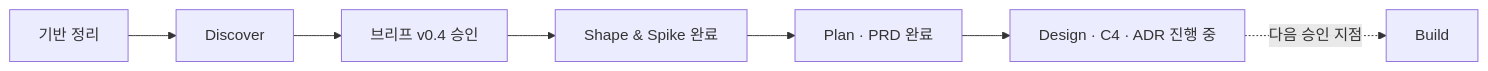
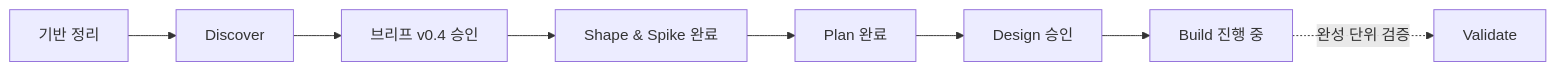
Before and after one commit to shotgun1107/codex-usage-tracker: the second of 2 diagrams in PROCESS.md, drawn with Mermaid. The commit also changed other lines of this file and 23 other files, not shown here.

````diff
--- a/PROCESS.md
+++ b/PROCESS.md
@@ -76,5 +76,5 @@
 ```mermaid
 flowchart LR
-    A["기반 정리"] --> B["Discover"] --> C["브리프 v0.4 승인"] --> D["Shape & Spike 완료"] --> E["Plan · PRD 완료"] --> F["Design · C4 · ADR 진행 중"]
-    F -. "다음 승인 지점" .-> G["Build"]
+    A["기반 정리"] --> B["Discover"] --> C["브리프 v0.4 승인"] --> D["Shape & Spike 완료"] --> E["Plan 완료"] --> F["Design 승인"] --> G["Build 진행 중"]
+    G -. "완성 단위 검증" .-> H["Validate"]
 ```
````
